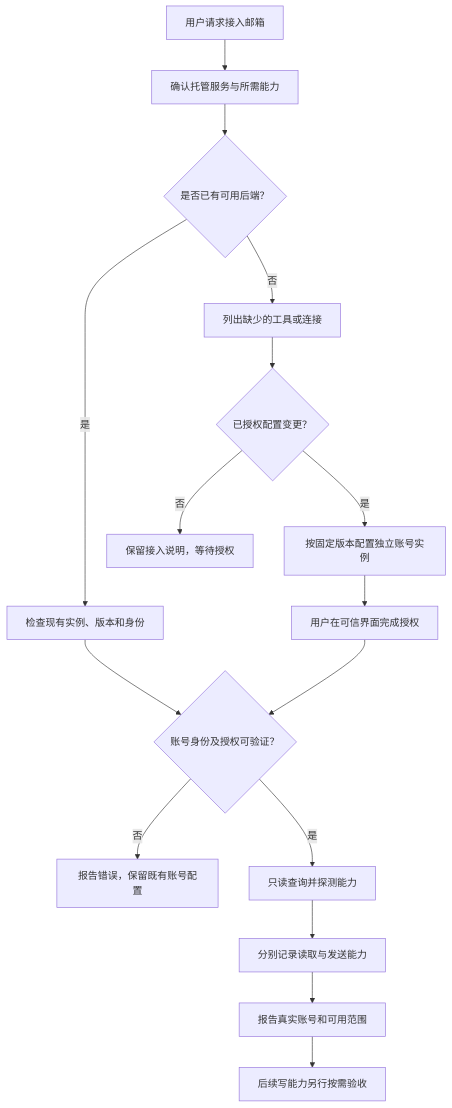
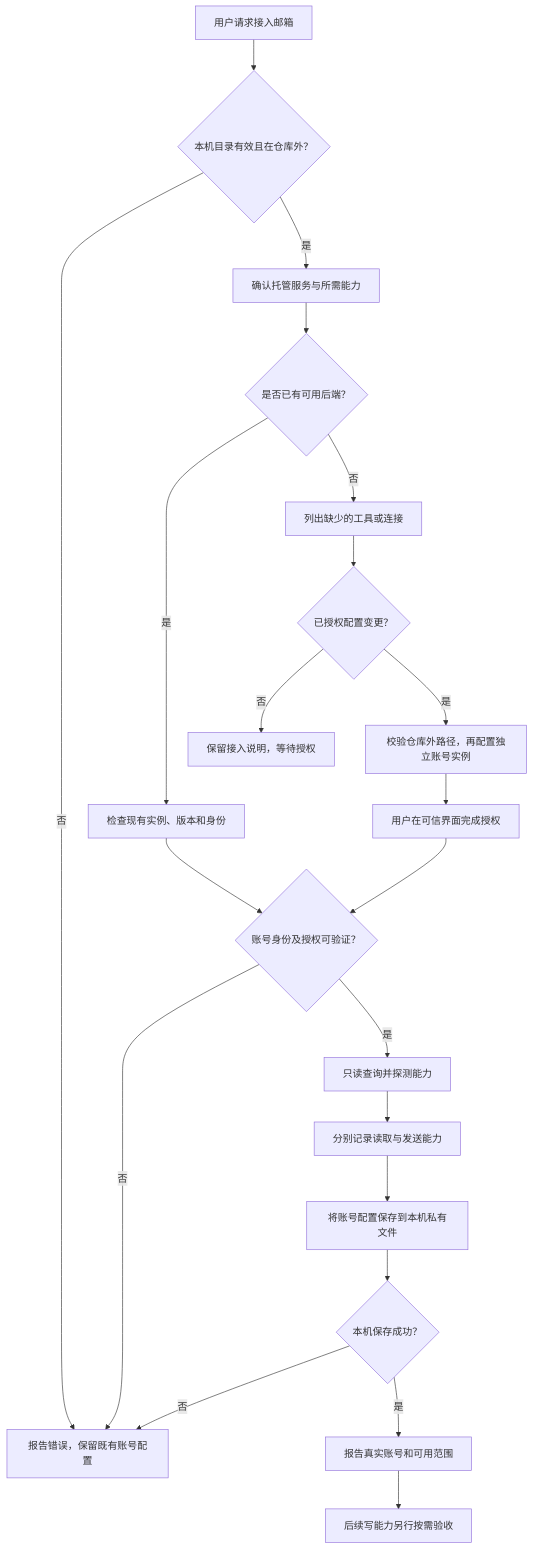
Before and after one commit to wk1995/skill: the third of 7 diagrams in doc/email-skill/technical-design.zh-CN.md, drawn with Mermaid. The commit also changed other lines of this file and 2 other files, not shown here.

````diff
--- a/doc/email-skill/technical-design.zh-CN.md
+++ b/doc/email-skill/technical-design.zh-CN.md
@@ -194,18 +228,23 @@
 ```mermaid
 flowchart TD
-    A["用户请求接入邮箱"] --> B["确认托管服务与所需能力"]
+    A["用户请求接入邮箱"] --> ROOT{"本机目录有效且在仓库外？"}
+    ROOT -->|否| K["报告错误，保留既有账号配置"]
+    ROOT -->|是| B["确认托管服务与所需能力"]
     B --> C{"是否已有可用后端？"}
     C -->|是| D["检查现有实例、版本和身份"]
     C -->|否| E["列出缺少的工具或连接"]
     E --> F{"已授权配置变更？"}
     F -->|否| G["保留接入说明，等待授权"]
-    F -->|是| H["按固定版本配置独立账号实例"]
+    F -->|是| H["校验仓库外路径，再配置独立账号实例"]
     H --> I["用户在可信界面完成授权"]
     D --> J{"账号身份及授权可验证？"}
     I --> J
-    J -->|否| K["报告错误，保留既有账号配置"]
+    J -->|否| K
     J -->|是| L["只读查询并探测能力"]
     L --> M["分别记录读取与发送能力"]
-    M --> N["报告真实账号和可用范围"]
+    M --> LP["将账号配置保存到本机私有文件"]
+    LP --> LS{"本机保存成功？"}
+    LS -->|否| K
+    LS -->|是| N["报告真实账号和可用范围"]
     N --> O["后续写能力另行按需验收"]
 ```
````
